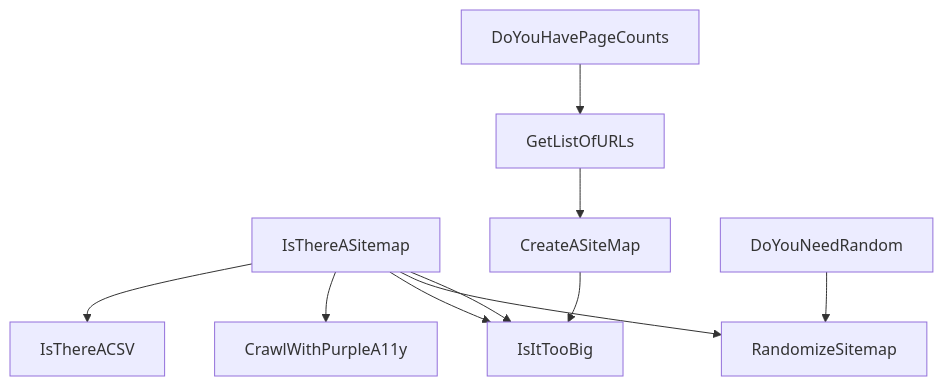
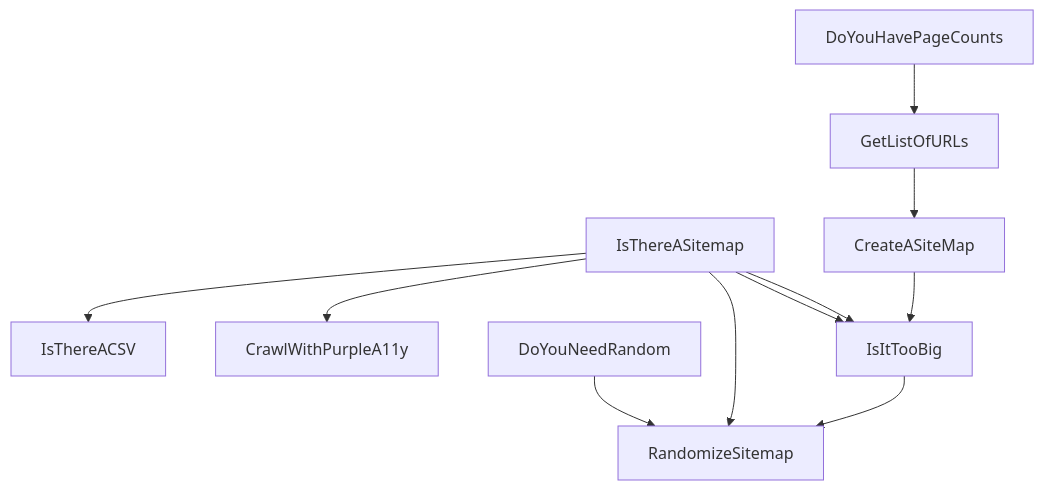
One commit to mgifford/purple-a11y changed the diagram in sitemap-tools/decision-tree.md. Above: the diagram before and after it, drawn with Mermaid.

````diff
--- a/sitemap-tools/decision-tree.md
+++ b/sitemap-tools/decision-tree.md
@@ -3,13 +3,14 @@
 ```mermaid
 graph TD;
     IsThereASitemap-->IsThereACSV;
     DoYouHavePageCounts-->GetListOfURLs;
     GetListOfURLs-->CreateASiteMap;
     IsThereASitemap-->CrawlWithPurpleA11y;
     DoYouNeedRandom-->RandomizeSitemap;
     IsThereASitemap-->IsItTooBig;
     IsThereASitemap-->RandomizeSitemap;
     IsThereASitemap-->IsItTooBig;
     CreateASiteMap-->IsItTooBig;
+    IsItTooBig-->RandomizeSitemap;
 
 ```
````
